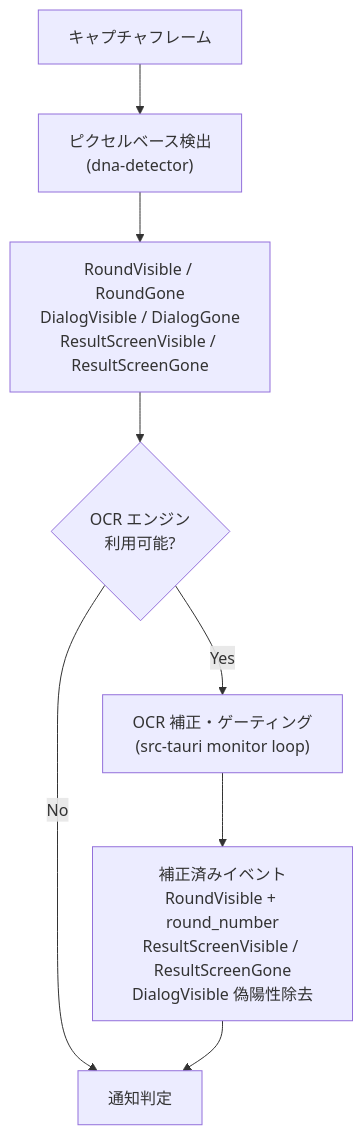
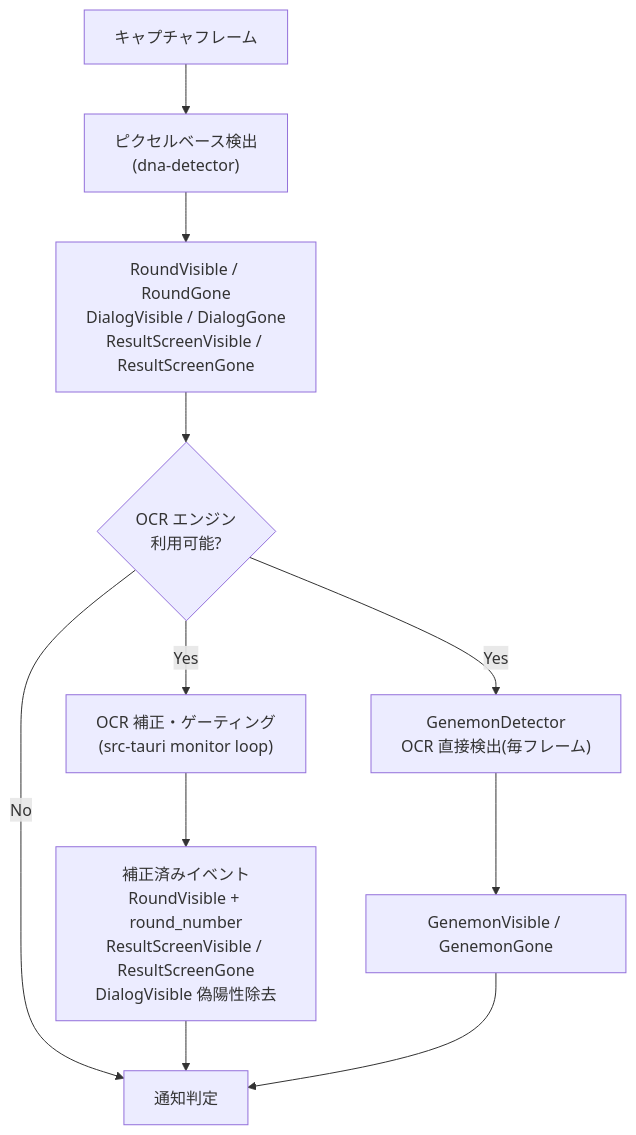
One commit to naa0yama/dna-assistant changed the third of 4 diagrams in docs/specs/components/detection-overview.md. Above: the diagram before and after it, drawn with Mermaid. The commit also changed other lines of this file and 14 other files, not shown here.

First line of the commit message:
feat: add GenemonDetector for quest liberation OCR detection (#199)

````diff
--- a/docs/specs/components/detection-overview.md
+++ b/docs/specs/components/detection-overview.md
@@ -150,11 +154,14 @@
 ```mermaid
 flowchart TD
     FRAME["キャプチャフレーム"]
     FRAME --> PIXEL["ピクセルベース検出\n(dna-detector)"]
     PIXEL --> P_EVENTS["RoundVisible / RoundGone\nDialogVisible / DialogGone\nResultScreenVisible / ResultScreenGone"]
     P_EVENTS --> OCR{"OCR エンジン\n利用可能?"}
     OCR -- Yes --> ENRICH["OCR 補正・ゲーティング\n(src-tauri monitor loop)"]
+    OCR -- Yes --> GENEMON_DET["GenemonDetector\nOCR 直接検出(毎フレーム)"]
     OCR -- No --> NOTIFY["通知判定"]
     ENRICH --> ENRICHED["補正済みイベント\nRoundVisible + round_number\nResultScreenVisible / ResultScreenGone\nDialogVisible 偽陽性除去"]
+    GENEMON_DET --> GENEMON_EV["GenemonVisible / GenemonGone"]
     ENRICHED --> NOTIFY
+    GENEMON_EV --> NOTIFY
 ```
````
